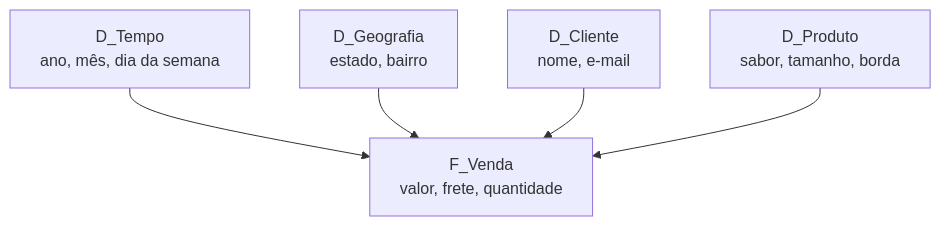
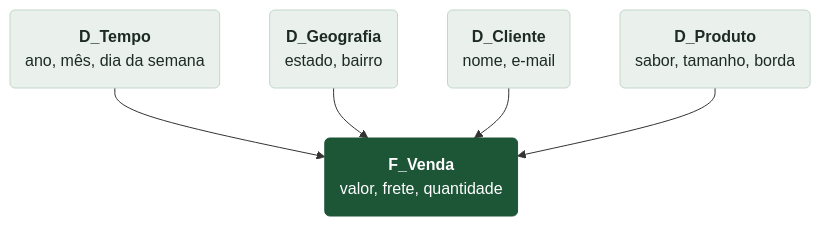
Before and after one commit to klein-natan/IA-Dados-GitBook: the second of 4 diagrams in aula-02-problemas-negocio-projetos-dados/README.md, drawn with Mermaid. The commit also changed other lines of this file and 4 other files, not shown here.

````diff
--- a/aula-02-problemas-negocio-projetos-dados/README.md
+++ b/aula-02-problemas-negocio-projetos-dados/README.md
@@ -107,12 +116,17 @@
 ```mermaid
+%%{init:{"theme":"base","themeVariables":{"fontFamily":"Inter,'Segoe UI','Liberation Sans',Helvetica,Arial,sans-serif","fontSize":"15px","primaryColor":"#F4F2EE","primaryTextColor":"#1E2A25","primaryBorderColor":"#CBD8D0","lineColor":"#8A9A90","secondaryColor":"#EDF2EE","tertiaryColor":"#FFFFFF","clusterBkg":"#F8F7F4","clusterBorder":"#E2DED7","edgeLabelBackground":"#FFFFFF"},"flowchart":{"nodeSpacing":28,"rankSpacing":38,"padding":14,"curve":"basis"}}}%%
 flowchart TD
-    T["D_Tempo<br/>ano, mês, dia da semana"]
-    G["D_Geografia<br/>estado, bairro"]
-    F["F_Venda<br/>valor, frete, quantidade"]
-    C["D_Cliente<br/>nome, e-mail"]
-    P["D_Produto<br/>sabor, tamanho, borda"]
+    T("<b>D_Tempo</b><br/>ano, mês, dia da semana")
+    G("<b>D_Geografia</b><br/>estado, bairro")
+    C("<b>D_Cliente</b><br/>nome, e-mail")
+    P("<b>D_Produto</b><br/>sabor, tamanho, borda")
+    F("<b>F_Venda</b><br/>valor, frete, quantidade")
     T --> F
     G --> F
     C --> F
     P --> F
+    classDef destaque fill:#1D5537,stroke:#1D5537,color:#FFFFFF;
+    classDef nevoa fill:#EAF1EC,stroke:#C3D6CA,color:#1E2A25;
+    class T,G,C,P nevoa
+    class F destaque
 ```
````
